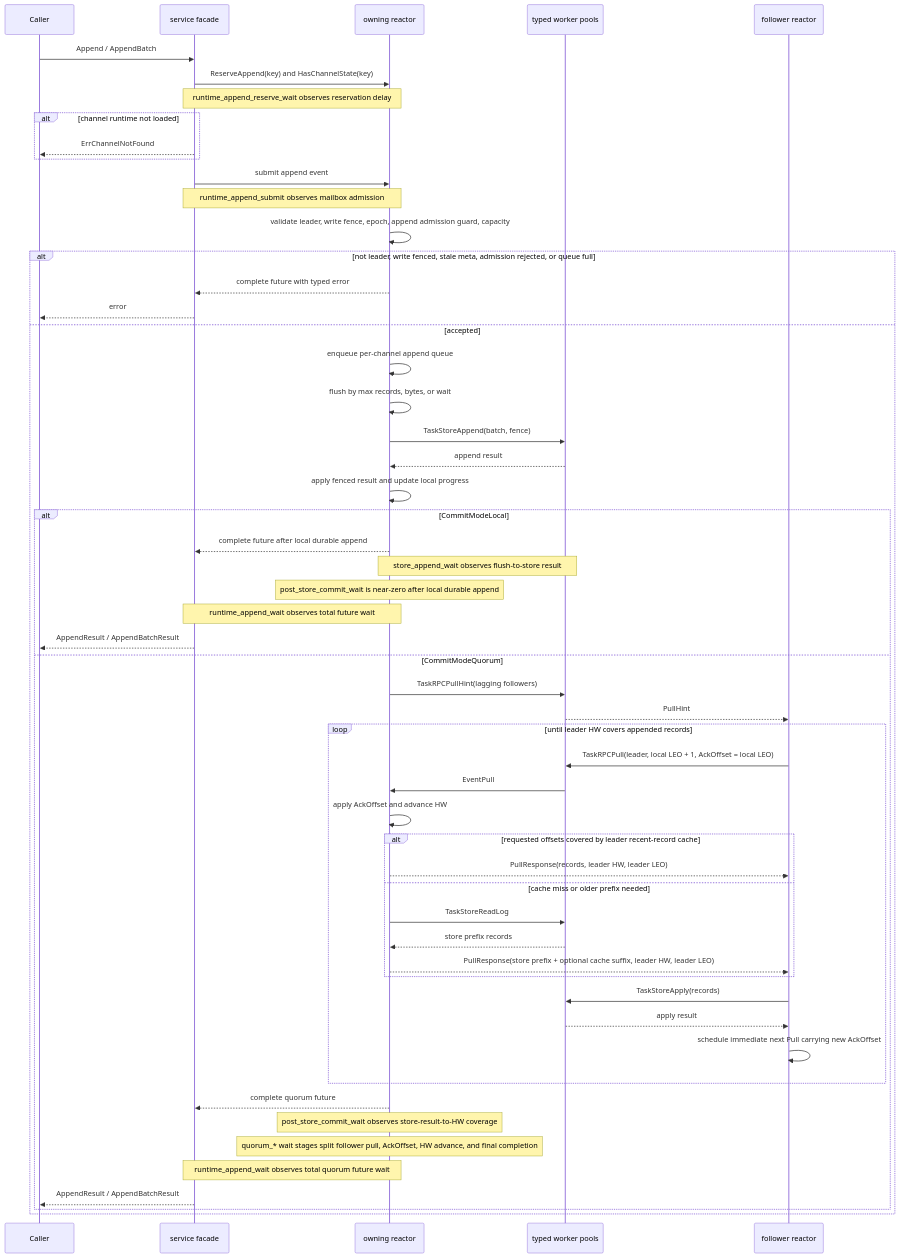
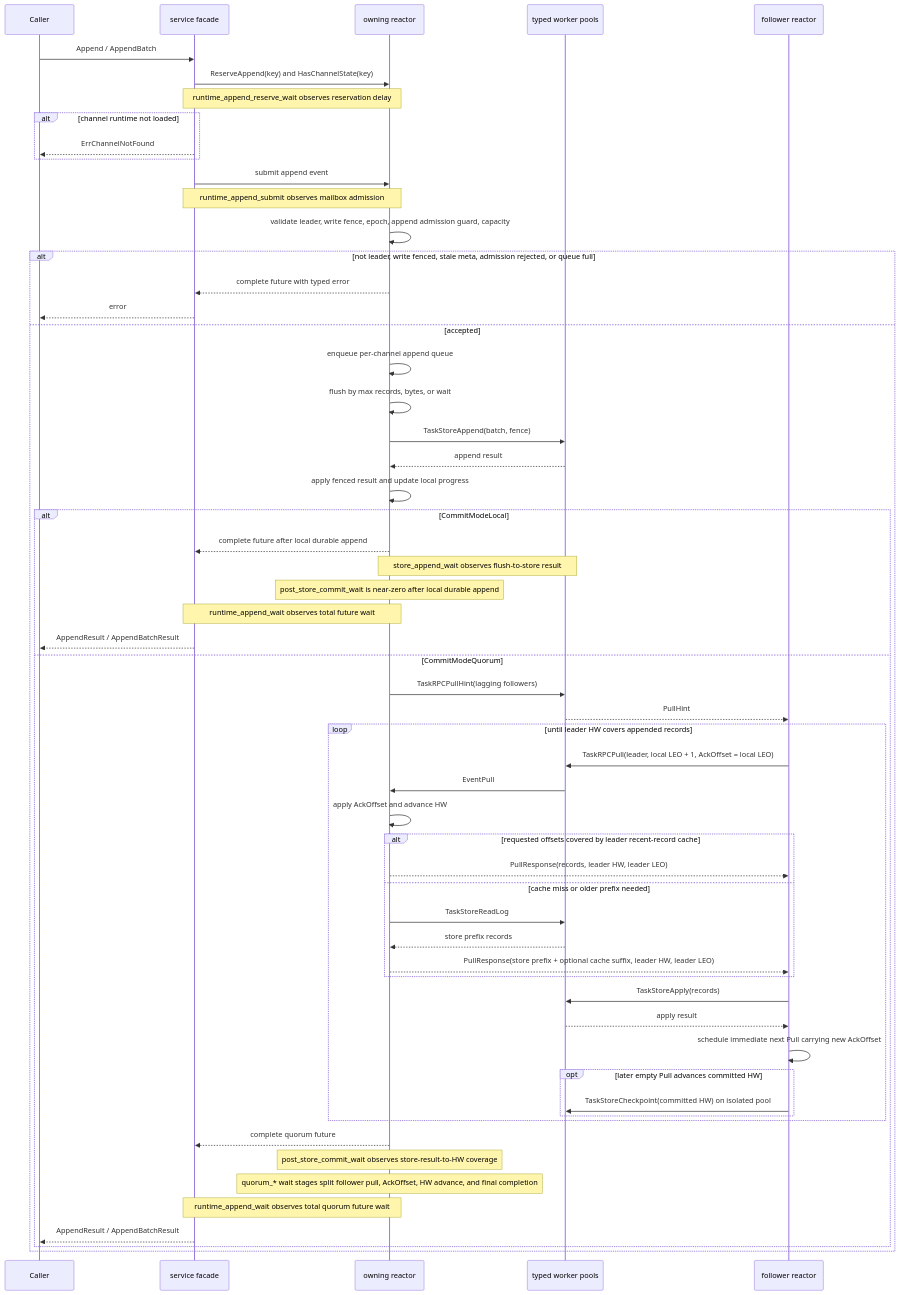
Before and after one commit to WuKongIM/WuKongIM: the first of 2 diagrams in pkg/channel/FLOW.md, drawn with Mermaid. The commit also changed other lines of this file and 17 other files, not shown here.

````diff
--- a/pkg/channel/FLOW.md
+++ b/pkg/channel/FLOW.md
@@ -25,59 +25,62 @@
 ```mermaid
 sequenceDiagram
     participant Caller
     participant Service as service facade
     participant Reactor as owning reactor
     participant Workers as typed worker pools
     participant Follower as follower reactor
 
     Caller->>Service: Append / AppendBatch
     Service->>Reactor: ReserveAppend(key) and HasChannelState(key)
     Note over Service,Reactor: runtime_append_reserve_wait observes reservation delay
     alt channel runtime not loaded
         Service-->>Caller: ErrChannelNotFound
     end
     Service->>Reactor: submit append event
     Note over Service,Reactor: runtime_append_submit observes mailbox admission
     Reactor->>Reactor: validate leader, write fence, epoch, append admission guard, capacity
     alt not leader, write fenced, stale meta, admission rejected, or queue full
         Reactor-->>Service: complete future with typed error
         Service-->>Caller: error
     else accepted
         Reactor->>Reactor: enqueue per-channel append queue
         Reactor->>Reactor: flush by max records, bytes, or wait
         Reactor->>Workers: TaskStoreAppend(batch, fence)
         Workers-->>Reactor: append result
         Reactor->>Reactor: apply fenced result and update local progress
 
         alt CommitModeLocal
             Reactor-->>Service: complete future after local durable append
             Note over Reactor,Workers: store_append_wait observes flush-to-store result
             Note over Reactor: post_store_commit_wait is near-zero after local durable append
             Note over Service,Reactor: runtime_append_wait observes total future wait
             Service-->>Caller: AppendResult / AppendBatchResult
         else CommitModeQuorum
             Reactor->>Workers: TaskRPCPullHint(lagging followers)
             Workers-->>Follower: PullHint
             loop until leader HW covers appended records
                 Follower->>Workers: TaskRPCPull(leader, local LEO + 1, AckOffset = local LEO)
                 Workers->>Reactor: EventPull
                 Reactor->>Reactor: apply AckOffset and advance HW
                 alt requested offsets covered by leader recent-record cache
                     Reactor-->>Follower: PullResponse(records, leader HW, leader LEO)
                 else cache miss or older prefix needed
                     Reactor->>Workers: TaskStoreReadLog
                     Workers-->>Reactor: store prefix records
                     Reactor-->>Follower: PullResponse(store prefix + optional cache suffix, leader HW, leader LEO)
                 end
                 Follower->>Workers: TaskStoreApply(records)
                 Workers-->>Follower: apply result
                 Follower->>Follower: schedule immediate next Pull carrying new AckOffset
+                opt later empty Pull advances committed HW
+                    Follower->>Workers: TaskStoreCheckpoint(committed HW) on isolated pool
+                end
             end
             Reactor-->>Service: complete quorum future
             Note over Reactor: post_store_commit_wait observes store-result-to-HW coverage
             Note over Reactor: quorum_* wait stages split follower pull, AckOffset, HW advance, and final completion
             Note over Service,Reactor: runtime_append_wait observes total quorum future wait
             Service-->>Caller: AppendResult / AppendBatchResult
         end
     end
 ```
````
